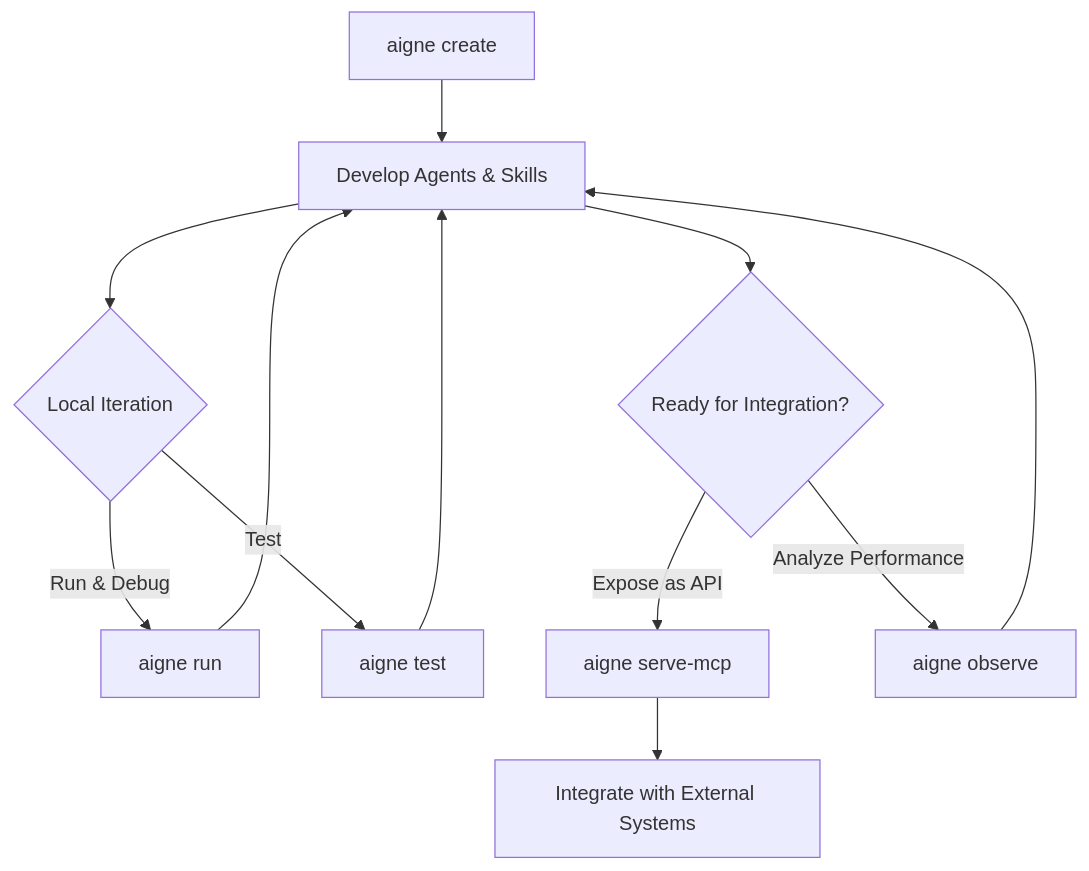
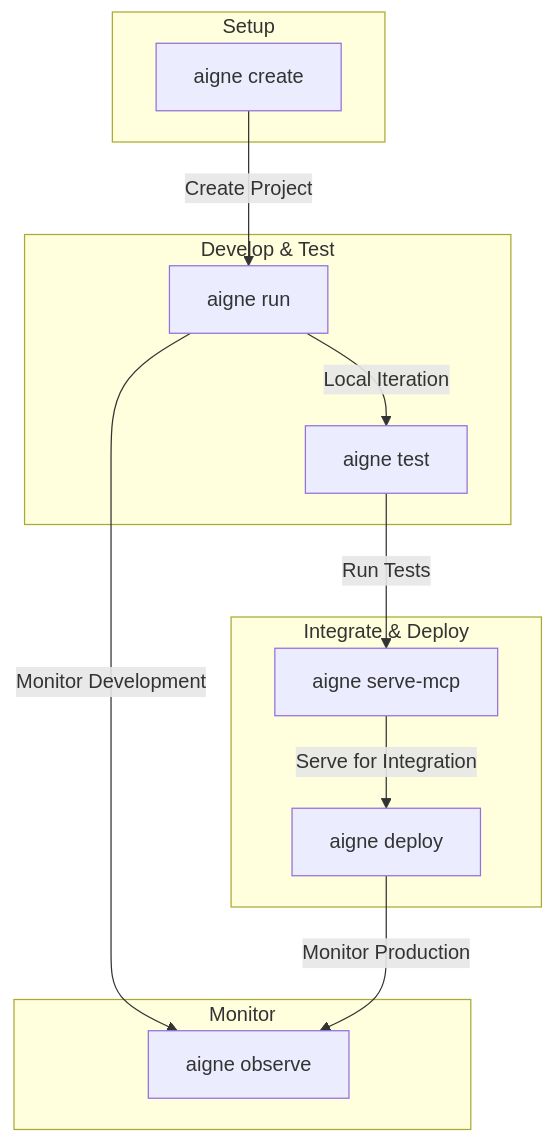
Before and after one commit to AIGNE-io/aigne-framework: the diagram in packages/cli/docs/overview.md, drawn with Mermaid. The commit also changed other lines of this file and 24 other files, not shown here.

````diff
--- a/packages/cli/docs/overview.md
+++ b/packages/cli/docs/overview.md
@@ -21,14 +19,27 @@
 ```mermaid
 flowchart TD
-    A["aigne create"] --> B["Develop Agents & Skills"];
-    B --> C{"Local Iteration"};
-    C -- "Run & Debug" --> D["aigne run"];
-    C -- "Test" --> E["aigne test"];
-    D --> B;
-    E --> B;
-    B --> F{"Ready for Integration?"};
-    F -- "Expose as API" --> G["aigne serve-mcp"];
-    F -- "Analyze Performance" --> H["aigne observe"];
-    G --> I["Integrate with External Systems"];
-    H --> B;
+    subgraph "Setup"
+        A["aigne create"]
+    end
+
+    subgraph "Develop & Test"
+        B["aigne run"]
+        C["aigne test"]
+    end
+
+    subgraph "Integrate & Deploy"
+        D["aigne serve-mcp"]
+        E["aigne deploy"]
+    end
+
+    subgraph "Monitor"
+        F["aigne observe"]
+    end
+
+    A -- "Create Project" --> B
+    B -- "Local Iteration" --> C
+    C -- "Run Tests" --> D
+    D -- "Serve for Integration" --> E
+    B -- "Monitor Development" --> F
+    E -- "Monitor Production" --> F
 ```
````
